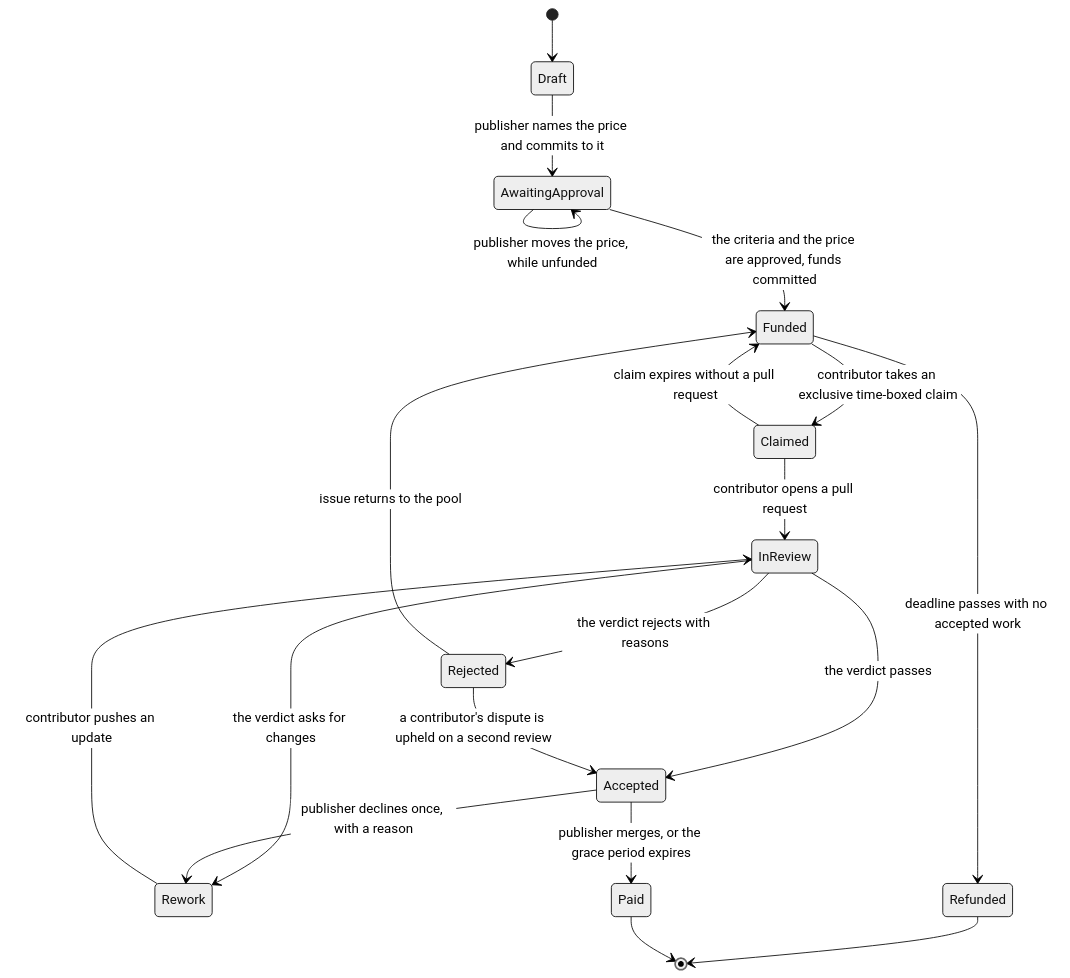
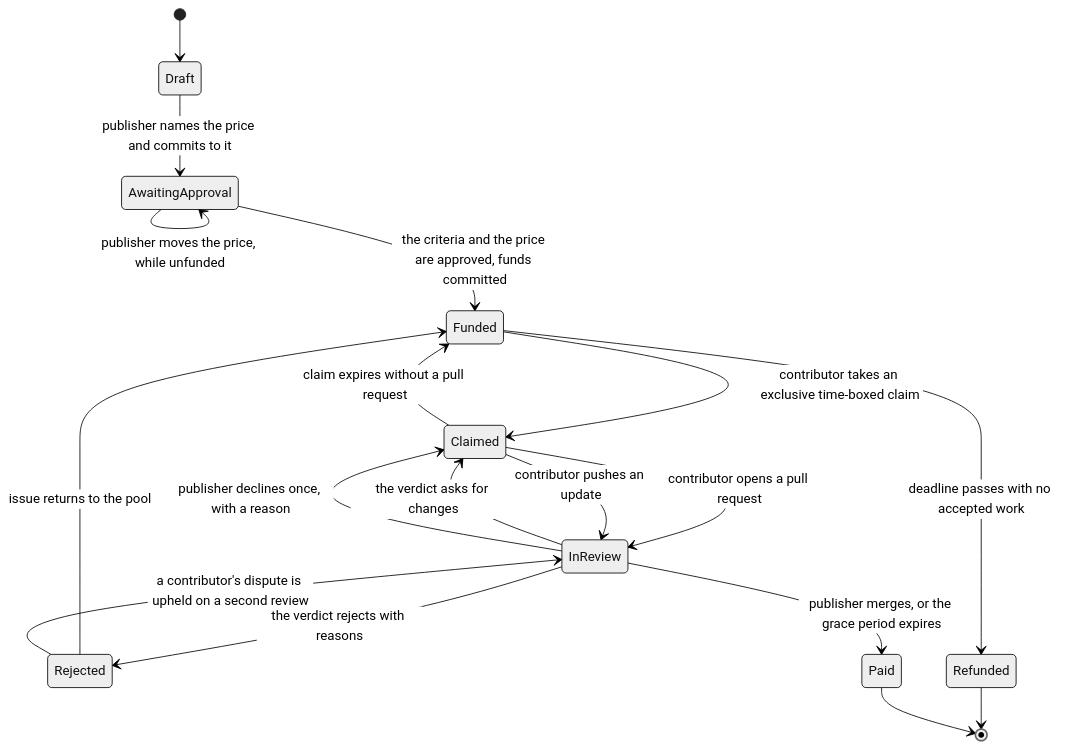
The second of 5 diagrams in docs/misthos/05-how-it-works.md (alienvisitor8675-bit/hackathon-circle-misthos), drawn with Mermaid (neutral theme) before and after one commit. The commit also changed other lines of this file and 32 other files, not shown here.

````diff
--- a/docs/misthos/05-how-it-works.md
+++ b/docs/misthos/05-how-it-works.md
@@ -49,21 +49,20 @@
 ```mermaid
 stateDiagram-v2
     [*] --> Draft
     Draft --> AwaitingApproval: publisher names the price and commits to it
     AwaitingApproval --> AwaitingApproval: publisher moves the price, while unfunded
     AwaitingApproval --> Funded: the criteria and the price are approved, funds committed
     Funded --> Claimed: contributor takes an exclusive time-boxed claim
     Claimed --> Funded: claim expires without a pull request
     Claimed --> InReview: contributor opens a pull request
-    InReview --> Rework: the verdict asks for changes
-    Rework --> InReview: contributor pushes an update
-    InReview --> Accepted: the verdict passes
+    InReview --> Claimed: the verdict asks for changes
+    Claimed --> InReview: contributor pushes an update
     InReview --> Rejected: the verdict rejects with reasons
     Rejected --> Funded: issue returns to the pool
-    Rejected --> Accepted: a contributor's dispute is upheld on a second review
-    Accepted --> Paid: publisher merges, or the grace period expires
-    Accepted --> Rework: publisher declines once, with a reason
+    Rejected --> InReview: a contributor's dispute is upheld on a second review
+    InReview --> Paid: publisher merges, or the grace period expires
+    InReview --> Claimed: publisher declines once, with a reason
     Funded --> Refunded: deadline passes with no accepted work
     Refunded --> [*]
     Paid --> [*]
 ```
````
